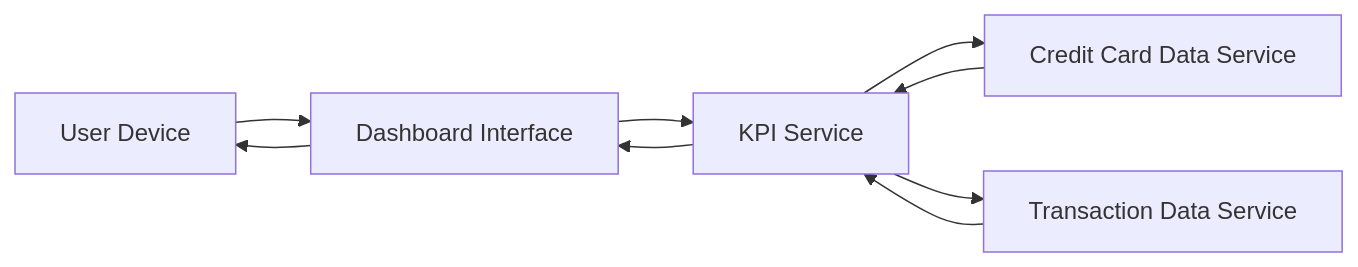
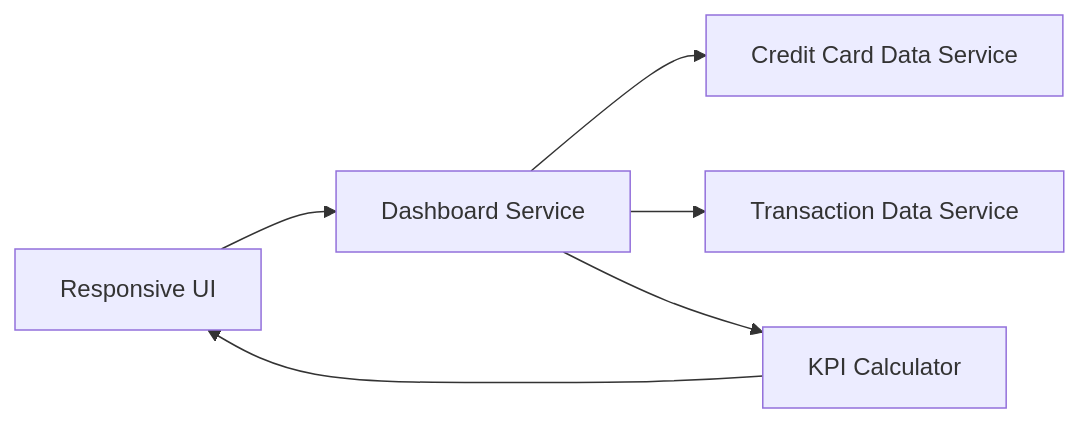
Before and after one commit to AAVA-Demo/APB_Demo: the diagram in HLD/QE-7682_HLD.md, drawn with Mermaid. The commit also changed other lines of this file and 5 other files, not shown here.

````diff
--- a/HLD/QE-7682_HLD.md
+++ b/HLD/QE-7682_HLD.md
@@ -7,16 +7,13 @@
 ```mermaid
 flowchart LR
-    A["User Device"]
-    B["Dashboard Interface"]
-    C["KPI Service"]
-    D["Credit Card Data Service"]
-    E["Transaction Data Service"]
+    A["Responsive UI"]
+    B["Dashboard Service"]
+    C["Credit Card Data Service"]
+    D["Transaction Data Service"]
+    E["KPI Calculator"]
     A --> B
     B --> C
-    C --> D
-    C --> E
-    D --> C
-    E --> C
-    C --> B
-    B --> A
+    B --> D
+    B --> E
+    E --> A
 ```
````
